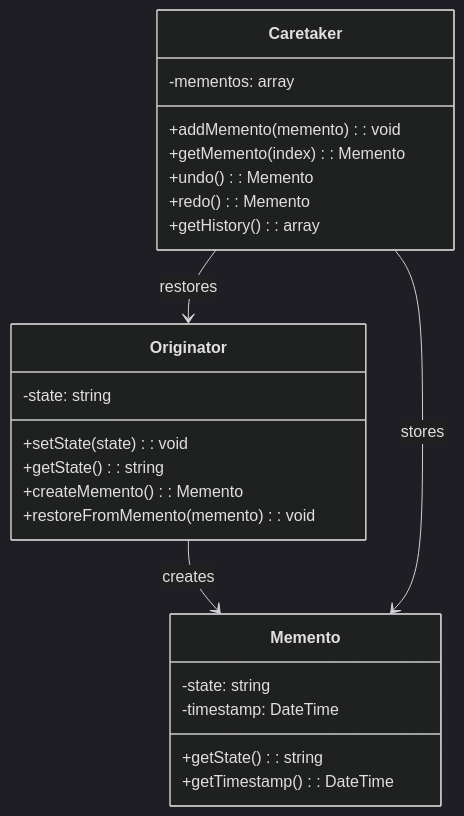
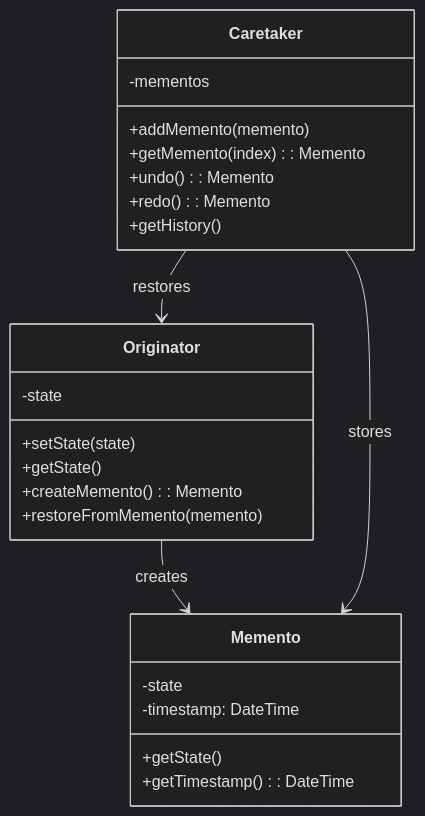
One commit to fanly/DesignPattern changed the first of 3 diagrams in resources/design-patterns/laravel/behavioral/memento_en.md. Above: the diagram before and after it, drawn with Mermaid (dark theme). The commit also changed other lines of this file and 103 other files, not shown here.

````diff
--- a/resources/design-patterns/laravel/behavioral/memento_en.md
+++ b/resources/design-patterns/laravel/behavioral/memento_en.md
@@ -10,30 +10,30 @@
 ```mermaid
 classDiagram
     class Originator {
-        -state: string
-        +setState(state): void
-        +getState(): string
+        -state
+        +setState(state)
+        +getState()
         +createMemento(): Memento
-        +restoreFromMemento(memento): void
+        +restoreFromMemento(memento)
     }
     
     class Memento {
-        -state: string
+        -state
         -timestamp: DateTime
-        +getState(): string
+        +getState()
         +getTimestamp(): DateTime
     }
     
     class Caretaker {
-        -mementos: array
-        +addMemento(memento): void
+        -mementos
+        +addMemento(memento)
         +getMemento(index): Memento
         +undo(): Memento
         +redo(): Memento
-        +getHistory(): array
+        +getHistory()
     }
     
     Originator --> Memento : creates
     Caretaker --> Memento : stores
     Caretaker --> Originator : restores
 ```
````
